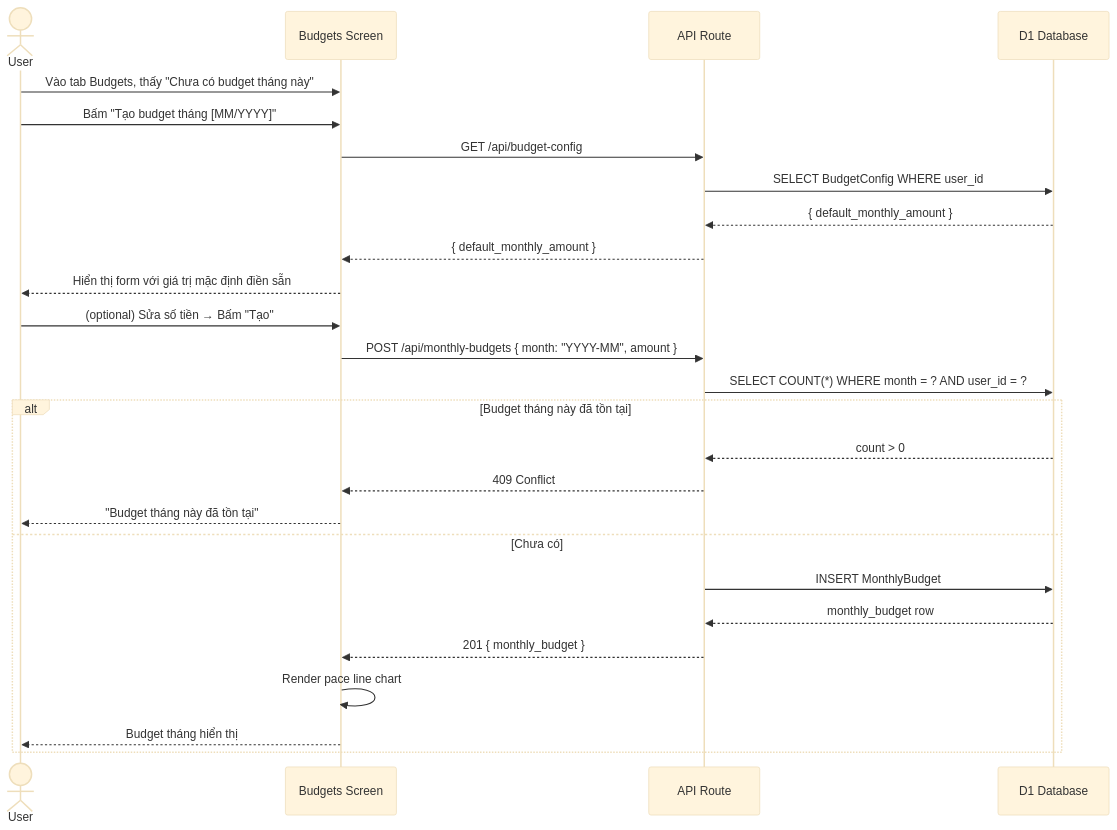
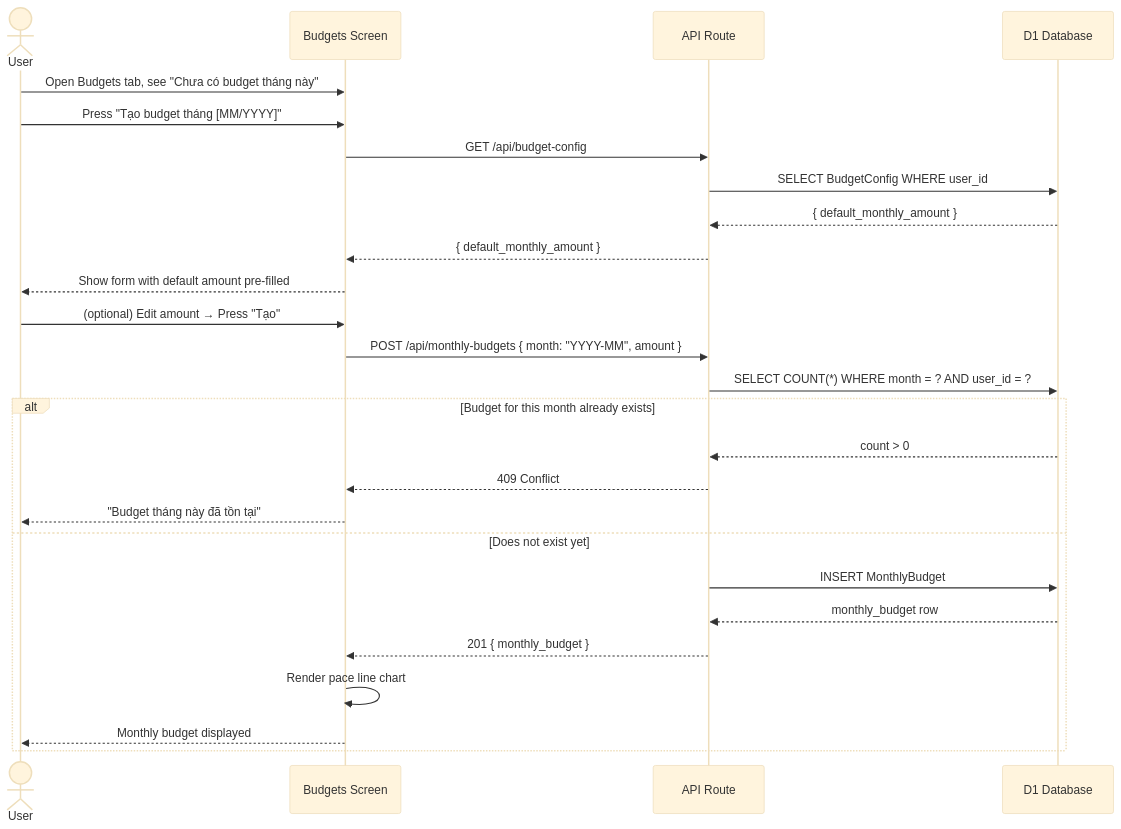
The fourth of 10 diagrams in docs/FLOWS.md (niits/personal-finance), drawn with Mermaid (base theme) before and after one commit. The commit also changed other lines of this file and 3 other files, not shown here.

````diff
--- a/docs/FLOWS.md
+++ b/docs/FLOWS.md
@@ -109,32 +109,32 @@
 ```mermaid
 sequenceDiagram
     actor User
     participant Budgets as Budgets Screen
     participant API as API Route
     participant DB as D1 Database
 
-    User->>Budgets: Vào tab Budgets, thấy "Chưa có budget tháng này"
-    User->>Budgets: Bấm "Tạo budget tháng [MM/YYYY]"
+    User->>Budgets: Open Budgets tab, see "Chưa có budget tháng này"
+    User->>Budgets: Press "Tạo budget tháng [MM/YYYY]"
 
     Budgets->>API: GET /api/budget-config
     API->>DB: SELECT BudgetConfig WHERE user_id
     DB-->>API: { default_monthly_amount }
     API-->>Budgets: { default_monthly_amount }
 
-    Budgets-->>User: Hiển thị form với giá trị mặc định điền sẵn
-    User->>Budgets: (optional) Sửa số tiền → Bấm "Tạo"
+    Budgets-->>User: Show form with default amount pre-filled
+    User->>Budgets: (optional) Edit amount → Press "Tạo"
 
     Budgets->>API: POST /api/monthly-budgets { month: "YYYY-MM", amount }
     API->>DB: SELECT COUNT(*) WHERE month = ? AND user_id = ?
-    alt Budget tháng này đã tồn tại
+    alt Budget for this month already exists
         DB-->>API: count > 0
         API-->>Budgets: 409 Conflict
         Budgets-->>User: "Budget tháng này đã tồn tại"
-    else Chưa có
+    else Does not exist yet
         API->>DB: INSERT MonthlyBudget
         DB-->>API: monthly_budget row
         API-->>Budgets: 201 { monthly_budget }
         Budgets->>Budgets: Render pace line chart
-        Budgets-->>User: Budget tháng hiển thị
+        Budgets-->>User: Monthly budget displayed
     end
 ```
````
